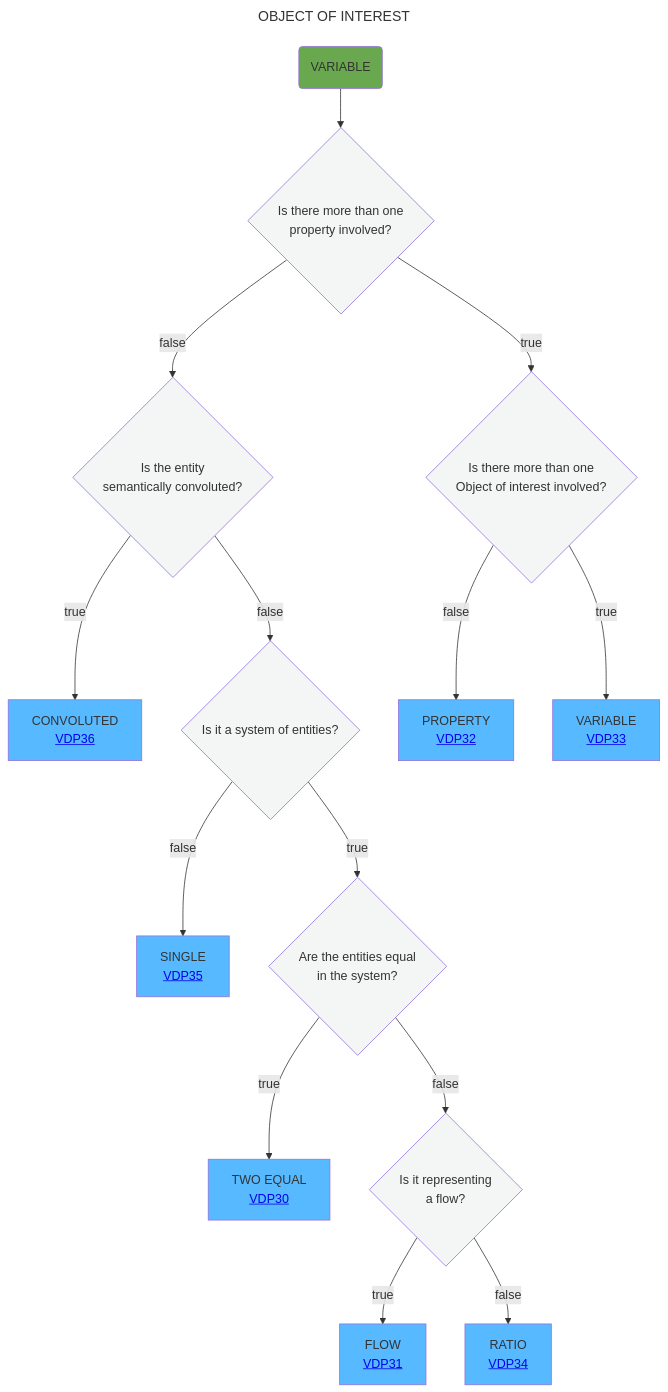
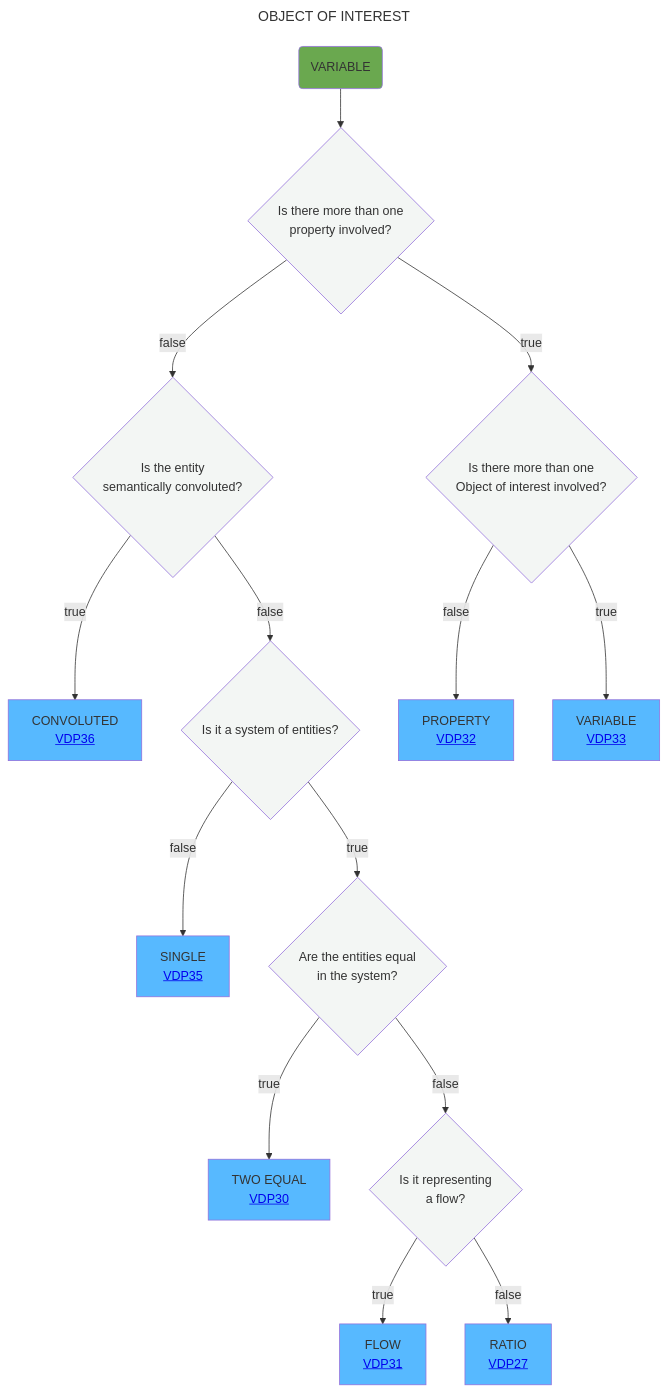
Before and after one commit to mabablue/I-ADOPT-patterns-playground: the diagram in Decisition_trees/DT5.mmd, drawn with Mermaid.

```diff
--- a/Decisition_trees/DT5.mmd
+++ b/Decisition_trees/DT5.mmd
@@ -1,21 +1,21 @@
 ---
 title: OBJECT OF INTEREST
 ---
 flowchart TD
     A(VARIABLE):::green --> AB{Is there more than one <br> property involved?}:::white
     AB --> |false|B{Is the entity <br> semantically convoluted?}:::white
     AB --> |true|O{Is there more than one <br> Object of interest involved?}:::white
     B --> |true|C[CONVOLUTED <br> <a href='https://github.com/mabablue/I-ADOPT-patterns-playground/blob/main/pattern/VDP36.yaml'>VDP36</a>]:::satblue
     B --> |false|D{Is it a system of entities?}:::white
     D --> |false|E[SINGLE <br> <a href='https://github.com/mabablue/I-ADOPT-patterns-playground/blob/main/pattern/VDP35.yaml'>VDP35</a>]:::satblue
     D --> |true|F{Are the entities equal <br> in the system?}:::white
     F --> |true|G[TWO EQUAL <br> <a href='https://github.com/mabablue/I-ADOPT-patterns-playground/blob/main/pattern/VDP30.yaml'>VDP30</a>]:::satblue
     F --> |false|H{Is it representing <br> a flow?}:::white
     H --> |true|I[FLOW <br> <a href='https://github.com/mabablue/I-ADOPT-patterns-playground/blob/main/pattern/VDP31.yaml'>VDP31</a>]:::satblue
-    H --> |false|J[RATIO <br> <a href='https://github.com/mabablue/I-ADOPT-patterns-playground/blob/main/pattern/VDP34.yaml'>VDP34</a>]:::satblue
+    H --> |false|J[RATIO <br> <a href='https://github.com/mabablue/I-ADOPT-patterns-playground/blob/main/pattern/VDP27.yaml'>VDP27</a>]:::satblue
     O --> |false|Q[PROPERTY <br> <a href='https://github.com/mabablue/I-ADOPT-patterns-playground/blob/main/pattern/VDP32.yaml'>VDP32</a>]:::satblue
     O --> |true|R[VARIABLE <br> <a href='https://github.com/mabablue/I-ADOPT-patterns-playground/blob/main/pattern/VDP33.yaml'>VDP33</a>]:::satblue
    classDef blue fill:#90D5FF
    classDef satblue fill:#57B9FF 
    classDef white fill:#f3f6f4
    classDef green fill:#6aa84f
```
